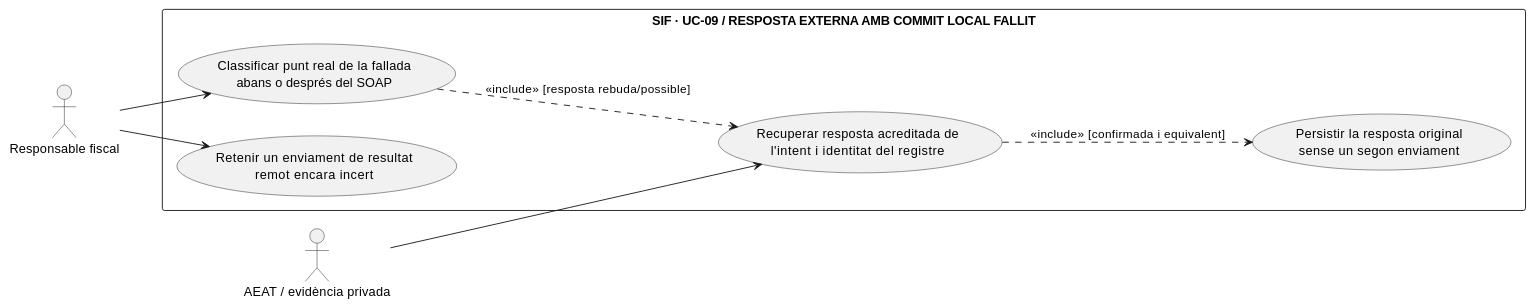
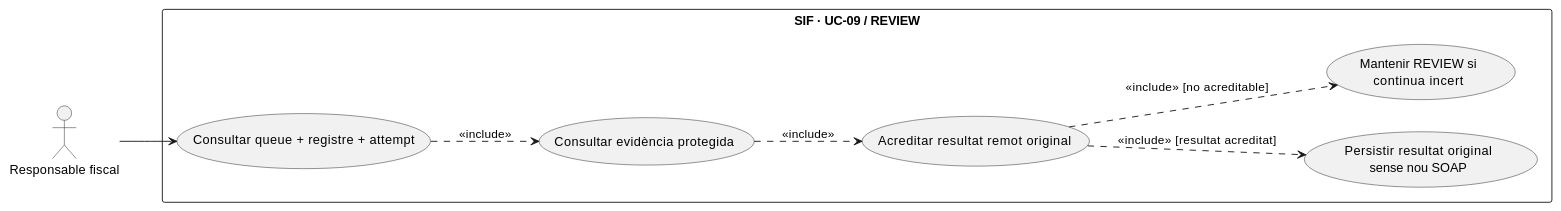
The seventh of 9 diagrams in documentacio/07-uml-integrat/uc-009-remetre-registre-aeat.md (orgmeriemprismacat-del/verifactu), drawn with PlantUML before and after one commit. The commit also changed other lines of this file and 16 other files, not shown here.

````diff
--- a/documentacio/07-uml-integrat/uc-009-remetre-registre-aeat.md
+++ b/documentacio/07-uml-integrat/uc-009-remetre-registre-aeat.md
@@ -258,18 +267,18 @@
 ```plantuml
 @startuml
 left to right direction
 actor "Responsable fiscal" as R
-actor "AEAT / evidència privada" as A
-rectangle "SIF · UC-09 / RESPOSTA EXTERNA AMB COMMIT LOCAL FALLIT" {
- usecase "Classificar punt real de la fallada\nabans o després del SOAP" as Class
- usecase "Recuperar resposta acreditada de\nl'intent i identitat del registre" as Recover
- usecase "Persistir la resposta original\nsense un segon enviament" as Save
- usecase "Retenir un enviament de resultat\nremot encara incert" as Pending
+rectangle "SIF · UC-09 / REVIEW" {
+ usecase "Consultar queue + registre + attempt" as Inspect
+ usecase "Consultar evidència protegida" as Evidence
+ usecase "Acreditar resultat remot original" as Reconcile
+ usecase "Persistir resultat original\nsense nou SOAP" as Save
+ usecase "Mantenir REVIEW si\ncontinua incert" as Hold
 }
-R --> Class
-A --> Recover
-Class ..> Recover : <<include>> [resposta rebuda/possible]
-Recover ..> Save : <<include>> [confirmada i equivalent]
-R --> Pending
+R --> Inspect
+Inspect ..> Evidence : <<include>>
+Evidence ..> Reconcile : <<include>>
+Reconcile ..> Save : <<include>> [resultat acreditat]
+Reconcile ..> Hold : <<include>> [no acreditable]
 @enduml
 ```
````
